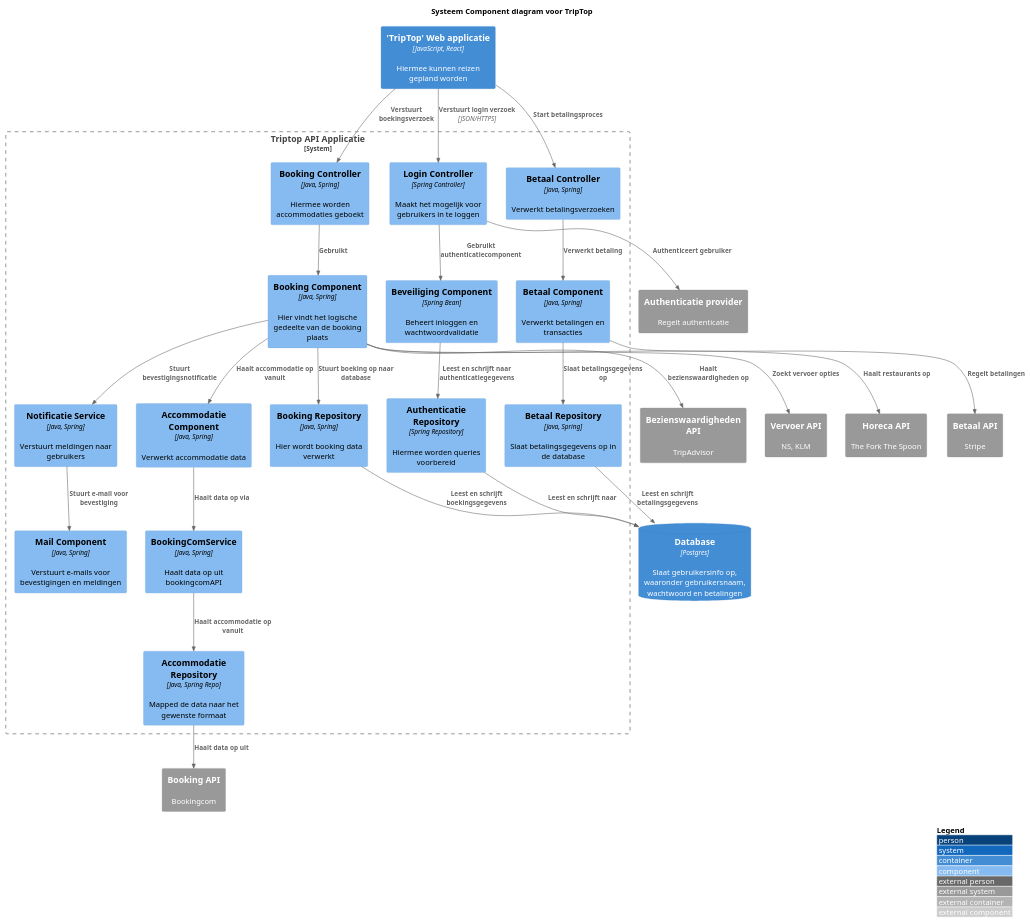
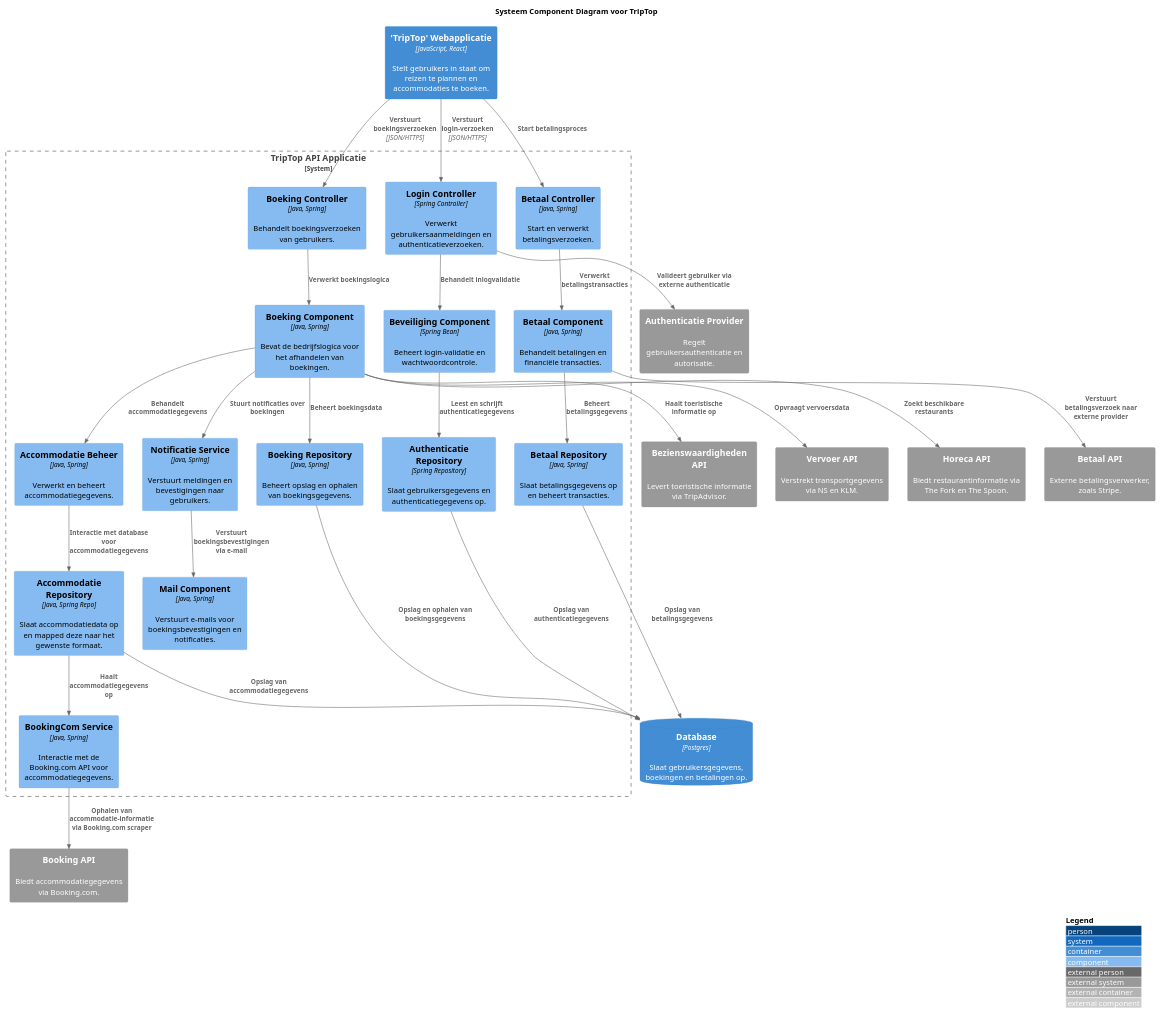
One commit to AIM-ENE-feb25/triptop-groep-4-afscheidscadeau-voor-juf-kim changed the diagram in opdracht-diagrammen/Component Diagram.puml. Above: the diagram before and after it, drawn with PlantUML.

Commit message:
Verbeteringen + Formatering

```diff
--- a/opdracht-diagrammen/Component Diagram.puml
+++ b/opdracht-diagrammen/Component Diagram.puml
@@ -1,73 +1,72 @@
 @startuml C4_Elements
 !include https://raw.githubusercontent.com/plantuml-stdlib/C4-PlantUML/master/C4_Component.puml
-title Systeem Component diagram voor TripTop
+title Systeem Component Diagram voor TripTop
 
 LAYOUT_WITH_LEGEND()
 
 'skinparam linetype ortho
 'skinparam ArrowStyle Dashed
 
-Container(Webapp, "'TripTop' Web applicatie", "JavaScript, React", "Hiermee kunnen reizen gepland worden")
+Container(webapp, "'TripTop' Webapplicatie", "JavaScript, React", "Stelt gebruikers in staat om reizen te plannen en accommodaties te boeken.")
 
-System_Boundary(triptop, "Triptop API Applicatie") {
-    Component(loginController, "Login Controller", "Spring Controller", "Maakt het mogelijk voor gebruikers in te loggen")
-    Component(bookingController, "Booking Controller", "Java, Spring", "Hiermee worden accommodaties geboekt")
-    Component(bookingComponent, "Booking Component", "Java, Spring", "Hier vindt het logische gedeelte van de booking plaats")
-'    Component(accommodatieController, "Accommodatie Controller", "Java, Spring/ Controller", "Controller voor accommodaties")
-    Component(accommodatieBeheer, "Accommodatie Component", "Java, Spring", "Verwerkt accommodatie data")
-    Component(accommodatieRepo, "Accommodatie Repository", "Java, Spring Repo", "Mapped de data naar het gewenste formaat")
-    Component(bookingComService, "BookingComService", "Java, Spring", "Haalt data op uit bookingcomAPI")
-    Component(bookingRepo, "Booking Repository", "Java, Spring", "Hier wordt booking data verwerkt")
+System_Boundary(triptop, "TripTop API Applicatie") {
+    Component(loginController, "Login Controller", "Spring Controller", "Verwerkt gebruikersaanmeldingen en authenticatieverzoeken.")
+    Component(beveiligingComponent, "Beveiliging Component", "Spring Bean", "Beheert login-validatie en wachtwoordcontrole.")
+    Component(authenticatieRepo, "Authenticatie Repository", "Spring Repository", "Slaat gebruikersgegevens en authenticatiegegevens op.")
 
-    Component(notificatieService, "Notificatie Service", "Java, Spring", "Verstuurt meldingen naar gebruikers")
-    Component(mailComponent, "Mail Component", "Java, Spring", "Verstuurt e-mails voor bevestigingen en meldingen")
+    Component(bookingController, "Boeking Controller", "Java, Spring", "Behandelt boekingsverzoeken van gebruikers.")
+    Component(bookingComponent, "Boeking Component", "Java, Spring", "Bevat de bedrijfslogica voor het afhandelen van boekingen.")
+    Component(bookingRepo, "Boeking Repository", "Java, Spring", "Beheert opslag en ophalen van boekingsgegevens.")
 
-    Component(betaalController, "Betaal Controller", "Java, Spring", "Verwerkt betalingsverzoeken")
-    Component(betaalComponent, "Betaal Component", "Java, Spring", "Verwerkt betalingen en transacties")
-    Component(betaalRepo, "Betaal Repository", "Java, Spring", "Slaat betalingsgegevens op in de database")
+    Component(accommodatieBeheer, "Accommodatie Beheer", "Java, Spring", "Verwerkt en beheert accommodatiegegevens.")
+    Component(accommodatieRepo, "Accommodatie Repository", "Java, Spring Repo", "Slaat accommodatiedata op en mapped deze naar het gewenste formaat.")
+    Component(bookingComService, "BookingCom Service", "Java, Spring", "Interactie met de Booking.com API voor accommodatiegegevens.")
 
-    Component(authenticatieRepo, "Authenticatie Repository", "Spring Repository", "Hiermee worden queries voorbereid")
-    Component(beveiligingComponent, "Beveiliging Component", "Spring Bean", "Beheert inloggen en wachtwoordvalidatie")
+    Component(notificatieService, "Notificatie Service", "Java, Spring", "Verstuurt meldingen en bevestigingen naar gebruikers.")
+    Component(mailComponent, "Mail Component", "Java, Spring", "Verstuurt e-mails voor boekingsbevestigingen en notificaties.")
+
+    Component(betaalController, "Betaal Controller", "Java, Spring", "Start en verwerkt betalingsverzoeken.")
+    Component(betaalComponent, "Betaal Component", "Java, Spring", "Behandelt betalingen en financiële transacties.")
+    Component(betaalRepo, "Betaal Repository", "Java, Spring", "Slaat betalingsgegevens op en beheert transacties.")
 }
 
-ContainerDb(Database, "Database", "Postgres", "Slaat gebruikersinfo op, waaronder gebruikersnaam, wachtwoord en betalingen")
+ContainerDb(database, "Database", "Postgres", "Slaat gebruikersgegevens, boekingen en betalingen op.")
 
-System_Ext(authAPI, "Authenticatie provider", "Regelt authenticatie")
-System_Ext(bookingAPI, "Booking API", "Bookingcom")
-System_Ext(bezienswaardighedenAPI, "Bezienswaardigheden API", "TripAdvisor")
-System_Ext(vervoerAPI, "Vervoer API", "NS, KLM")
-System_Ext(horecaAPI, "Horeca API", "The Fork The Spoon")
-System_Ext(betaalAPI, "Betaal API", "Stripe")
+System_Ext(authAPI, "Authenticatie Provider", "Regelt gebruikersauthenticatie en autorisatie.")
+System_Ext(bookingAPI, "Booking API", "Biedt accommodatiegegevens via Booking.com.")
+System_Ext(bezienswaardighedenAPI, "Bezienswaardigheden API", "Levert toeristische informatie via TripAdvisor.")
+System_Ext(vervoerAPI, "Vervoer API", "Verstrekt transportgegevens via NS en KLM.")
+System_Ext(horecaAPI, "Horeca API", "Biedt restaurantinformatie via The Fork en The Spoon.")
+System_Ext(betaalAPI, "Betaal API", "Externe betalingsverwerker, zoals Stripe.")
 
+Rel(webapp, loginController, "Verstuurt login-verzoeken", "JSON/HTTPS")
+Rel(loginController, beveiligingComponent, "Behandelt inlogvalidatie")
+Rel(beveiligingComponent, authenticatieRepo, "Leest en schrijft authenticatiegegevens")
+Rel(authenticatieRepo, database, "Opslag van authenticatiegegevens")
+Rel(loginController, authAPI, "Valideert gebruiker via externe authenticatie")
 
-Rel(Webapp, loginController, "Verstuurt login verzoek", "JSON/HTTPS")
-Rel(loginController, beveiligingComponent, "Gebruikt authenticatiecomponent")
-Rel(loginController, authAPI, "Authenticeert gebruiker")
-Rel(beveiligingComponent, authenticatieRepo, "Leest en schrijft naar authenticatiegegevens")
-Rel(authenticatieRepo, Database, "Leest en schrijft naar")
+Rel(webapp, bookingController, "Verstuurt boekingsverzoeken", "JSON/HTTPS")
+Rel(bookingController, bookingComponent, "Verwerkt boekingslogica")
+Rel(bookingComponent, bookingRepo, "Beheert boekingsdata")
+Rel(bookingRepo, database, "Opslag en ophalen van boekingsgegevens")
 
-Rel(Webapp, bookingController, "Verstuurt boekingsverzoek")
-Rel(bookingController, bookingComponent, "Gebruikt")
-Rel(bookingComponent, bookingRepo, "Stuurt boeking op naar database")
-Rel(bookingRepo, Database, "Leest en schrijft boekingsgegevens")
+Rel(bookingComponent, notificatieService, "Stuurt notificaties over boekingen")
+Rel(notificatieService, mailComponent, "Verstuurt boekingsbevestigingen via e-mail")
 
-Rel(bookingComponent, notificatieService, "Stuurt bevestigingsnotificatie")
-Rel(notificatieService, mailComponent, "Stuurt e-mail voor bevestiging")
+Rel(webapp, betaalController, "Start betalingsproces")
+Rel(betaalController, betaalComponent, "Verwerkt betalingstransacties")
+Rel(betaalComponent, betaalRepo, "Beheert betalingsgegevens")
+Rel(betaalRepo, database, "Opslag van betalingsgegevens")
+Rel(betaalComponent, betaalAPI, "Verstuurt betalingsverzoek naar externe provider")
 
-Rel(Webapp, betaalController, "Start betalingsproces")
-Rel(betaalController, betaalComponent, "Verwerkt betaling")
-Rel(betaalComponent, betaalRepo, "Slaat betalingsgegevens op")
-Rel(betaalRepo, Database, "Leest en schrijft betalingsgegevens")
+Rel(bookingComponent, bezienswaardighedenAPI, "Haalt toeristische informatie op")
+Rel(bookingComponent, vervoerAPI, "Opvraagt vervoersdata")
+Rel(bookingComponent, horecaAPI, "Zoekt beschikbare restaurants")
 
-Rel(bookingComponent, bezienswaardighedenAPI, "Haalt bezienswaardigheden op")
-Rel(bookingComponent, vervoerAPI, "Zoekt vervoer opties")
-Rel(bookingComponent, horecaAPI, "Haalt restaurants op")
-
-Rel(betaalComponent, betaalAPI, "Regelt betalingen")
-
-Rel(bookingComponent, accommodatieBeheer, "Haalt accommodatie op vanuit")
-Rel(accommodatieBeheer, bookingComService, "Haalt data op via")
-Rel(bookingComService, accommodatieRepo, "Haalt accommodatie op vanuit")
-Rel(accommodatieRepo, bookingAPI, "Haalt data op uit")
+Rel(bookingComponent, accommodatieBeheer, "Behandelt accommodatiegegevens")
+Rel(accommodatieBeheer, accommodatieRepo, "Interactie met database voor accommodatiegegevens")
+Rel(accommodatieRepo, bookingComService, "Haalt accommodatiegegevens op")
+Rel(accommodatieRepo, database, "Opslag van accommodatiegegevens")
+Rel(bookingComService, bookingAPI, "Ophalen van accommodatie-informatie via Booking.com scraper")
 
 @enduml
```
